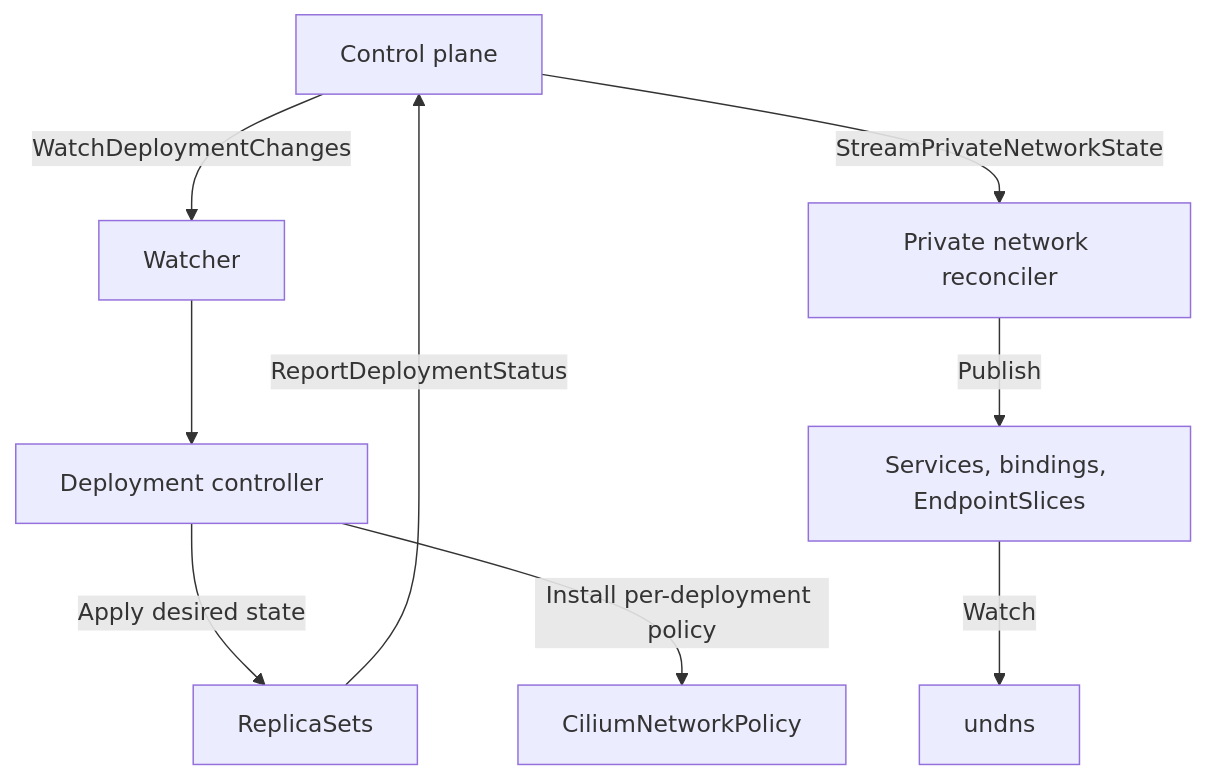
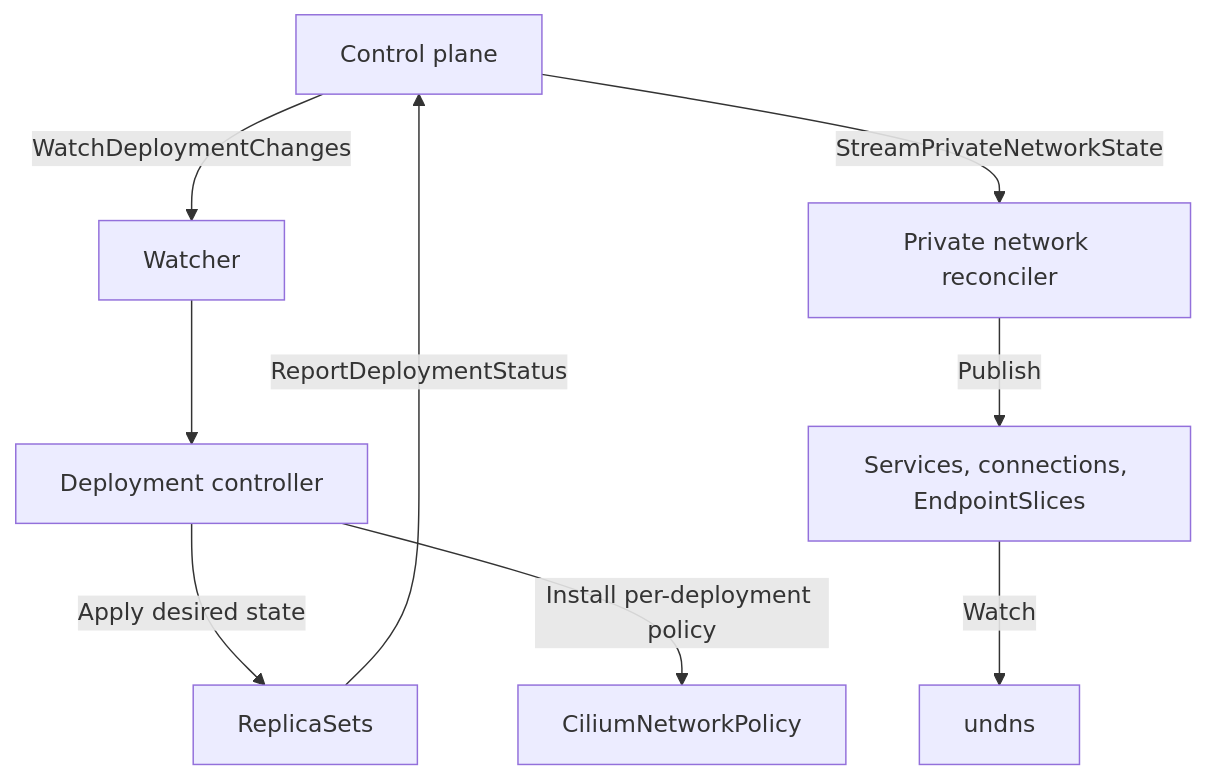
Before and after one commit to unkeyed/unkey: the diagram in docs/engineering/architecture/services/krane/overview.mdx, drawn with Mermaid. The commit also changed other lines of this file and 153 other files, not shown here.

First line of the commit message:
private network: rename bindings to connections

````diff
--- a/docs/engineering/architecture/services/krane/overview.mdx
+++ b/docs/engineering/architecture/services/krane/overview.mdx
@@ -41,14 +41,14 @@
 ```mermaid
 flowchart TD
   Ctrl[Control plane] -->|WatchDeploymentChanges| Watcher[Watcher]
   Watcher --> DeployCtrl[Deployment controller]
 
   DeployCtrl -->|Apply desired state| K8SDeploy[ReplicaSets]
   DeployCtrl -->|Install per-deployment policy| K8SCilium[CiliumNetworkPolicy]
 
   K8SDeploy -->|ReportDeploymentStatus| Ctrl
 
   Ctrl -->|StreamPrivateNetworkState| PrivateNet[Private network reconciler]
-  PrivateNet -->|Publish| K8SDiscovery[Services, bindings, EndpointSlices]
+  PrivateNet -->|Publish| K8SDiscovery[Services, connections, EndpointSlices]
   K8SDiscovery -->|Watch| Undns[undns]
 ```
````
